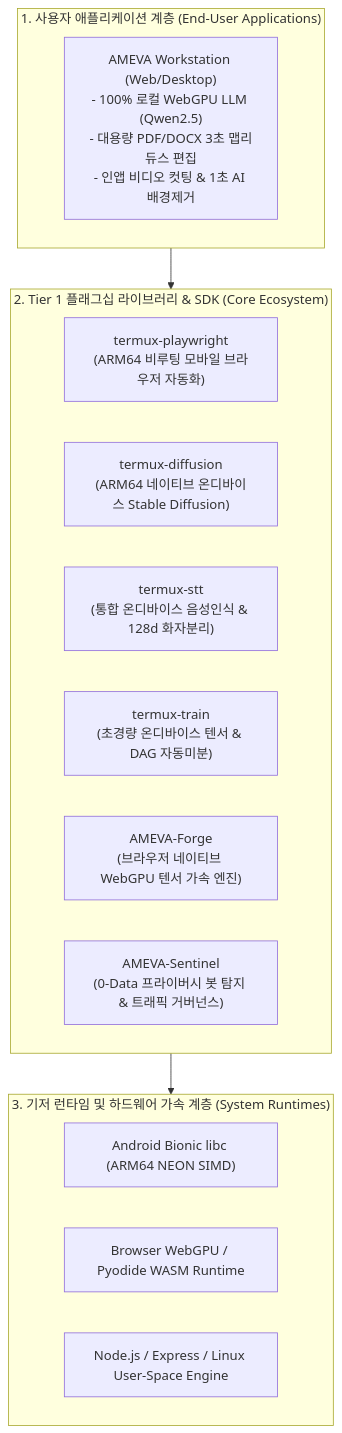
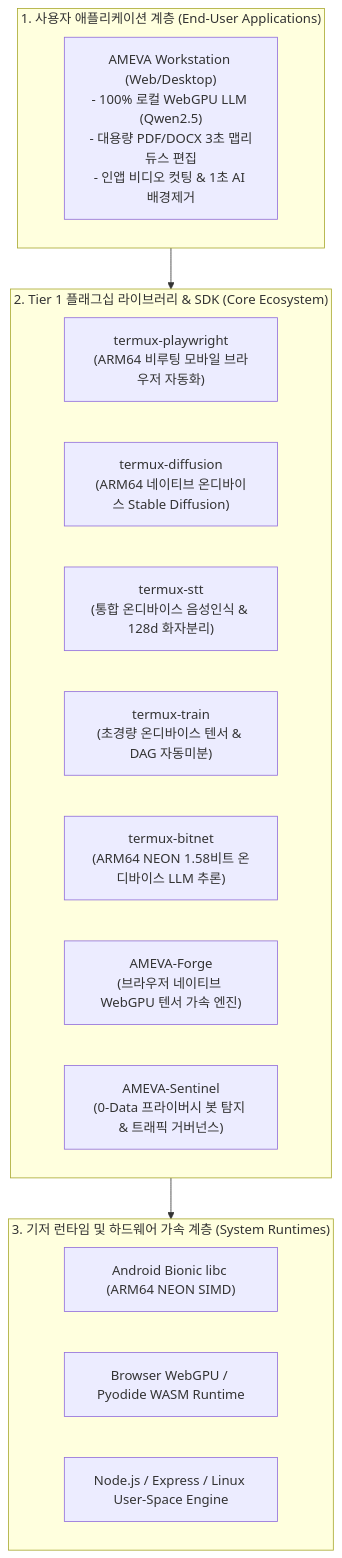
Before and after one commit to uno-km/uno-km: the diagram in FOUNDATION.md, drawn with Mermaid. The commit also changed other lines of this file and 134 other files, not shown here.

````diff
--- a/FOUNDATION.md
+++ b/FOUNDATION.md
@@ -80,24 +80,25 @@
 ```mermaid
 flowchart TD
     subgraph AppLayer ["1. 사용자 애플리케이션 계층 (End-User Applications)"]
         Workstation["AMEVA Workstation (Web/Desktop)<br/>- 100% 로컬 WebGPU LLM (Qwen2.5)<br/>- 대용량 PDF/DOCX 3초 맵리듀스 편집<br/>- 인앱 비디오 컷팅 & 1초 AI 배경제거"]
     end
 
     subgraph CoreLibs ["2. Tier 1 플래그십 라이브러리 & SDK (Core Ecosystem)"]
         Playwright["termux-playwright<br/>(ARM64 비루팅 모바일 브라우저 자동화)"]
         Diffusion["termux-diffusion<br/>(ARM64 네이티브 온디바이스 Stable Diffusion)"]
         STT["termux-stt<br/>(통합 온디바이스 음성인식 & 128d 화자분리)"]
         Train["termux-train<br/>(초경량 온디바이스 텐서 & DAG 자동미분)"]
+        BitNet["termux-bitnet<br/>(ARM64 NEON 1.58비트 온디바이스 LLM 추론)"]
         Forge["AMEVA-Forge<br/>(브라우저 네이티브 WebGPU 텐서 가속 엔진)"]
         Sentinel["AMEVA-Sentinel<br/>(0-Data 프라이버시 봇 탐지 & 트래픽 거버넌스)"]
     end
 
     subgraph RuntimeLayer ["3. 기저 런타임 및 하드웨어 가속 계층 (System Runtimes)"]
         AndroidBionic["Android Bionic libc (ARM64 NEON SIMD)"]
         WebGPU_WASM["Browser WebGPU / Pyodide WASM Runtime"]
         NodeLinux["Node.js / Express / Linux User-Space Engine"]
     end
 
     AppLayer --> CoreLibs
     CoreLibs --> RuntimeLayer
 ```
````
